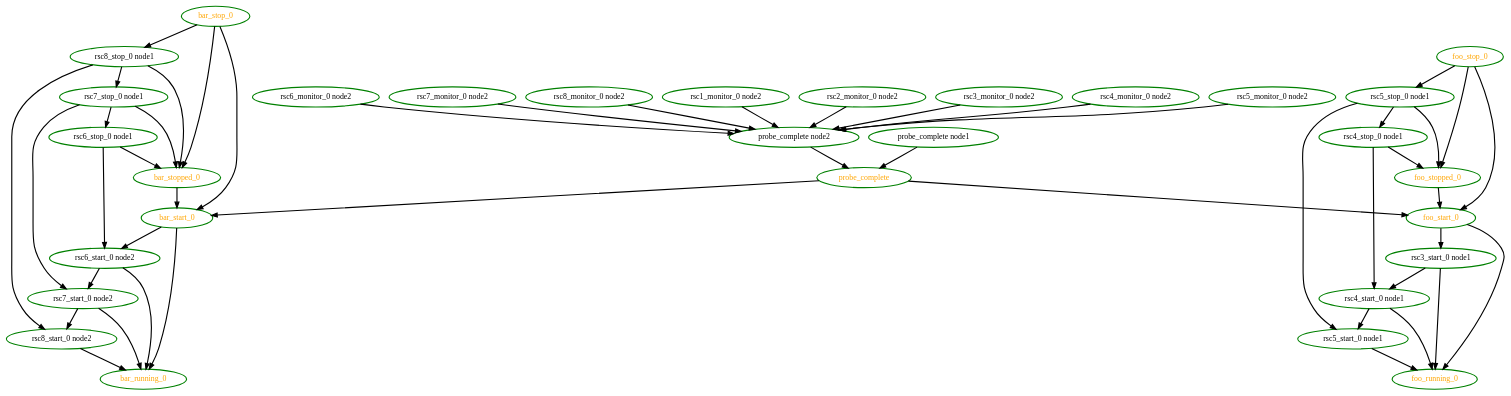
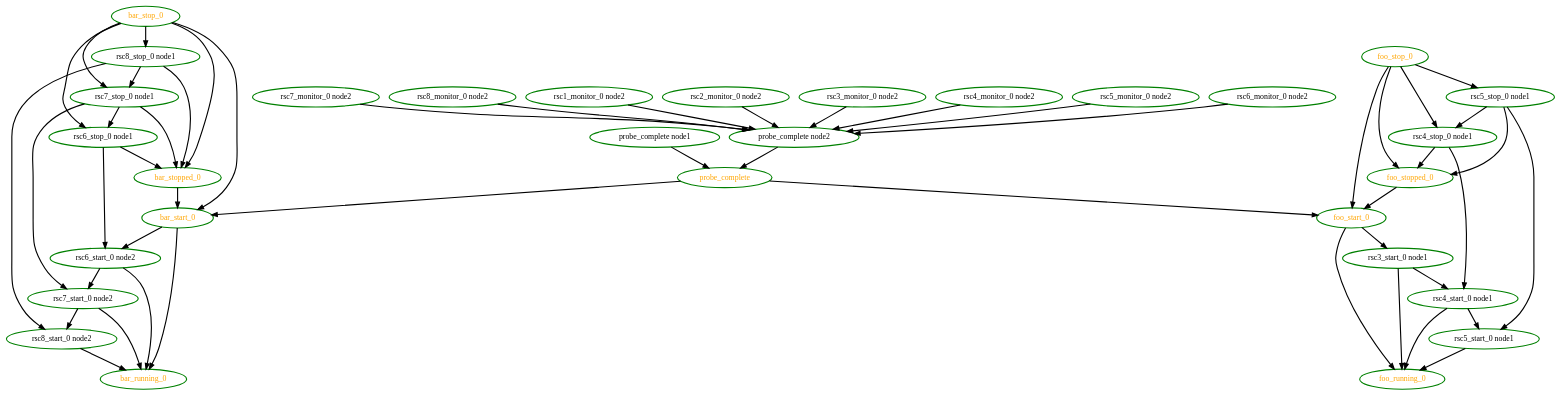
Before and after one commit to richiewen8/heartbeat: the diagram in crm/pengine/testcases/group9.dot, drawn with Graphviz. The commit also changed 36 other files, not shown here.

```diff
--- a/crm/pengine/testcases/group9.dot
+++ b/crm/pengine/testcases/group9.dot
@@ -1,79 +1,82 @@
  digraph "g" {
 "bar_running_0" [ style=bold color="green" fontcolor="orange" ]
 "bar_start_0" -> "bar_running_0" [ style = bold]
 "bar_start_0" -> "rsc6_start_0 node2" [ style = bold]
 "bar_start_0" [ style=bold color="green" fontcolor="orange" ]
 "bar_stop_0" -> "bar_start_0" [ style = bold]
 "bar_stop_0" -> "bar_stopped_0" [ style = bold]
+"bar_stop_0" -> "rsc6_stop_0 node1" [ style = bold]
+"bar_stop_0" -> "rsc7_stop_0 node1" [ style = bold]
 "bar_stop_0" -> "rsc8_stop_0 node1" [ style = bold]
 "bar_stop_0" [ style=bold color="green" fontcolor="orange" ]
 "bar_stopped_0" -> "bar_start_0" [ style = bold]
 "bar_stopped_0" [ style=bold color="green" fontcolor="orange" ]
 "foo_running_0" [ style=bold color="green" fontcolor="orange" ]
 "foo_start_0" -> "foo_running_0" [ style = bold]
 "foo_start_0" -> "rsc3_start_0 node1" [ style = bold]
 "foo_start_0" [ style=bold color="green" fontcolor="orange" ]
 "foo_stop_0" -> "foo_start_0" [ style = bold]
 "foo_stop_0" -> "foo_stopped_0" [ style = bold]
+"foo_stop_0" -> "rsc4_stop_0 node1" [ style = bold]
 "foo_stop_0" -> "rsc5_stop_0 node1" [ style = bold]
 "foo_stop_0" [ style=bold color="green" fontcolor="orange" ]
 "foo_stopped_0" -> "foo_start_0" [ style = bold]
 "foo_stopped_0" [ style=bold color="green" fontcolor="orange" ]
 "probe_complete node1" -> "probe_complete" [ style = bold]
 "probe_complete node1" [ style=bold color="green" fontcolor="black" ]
 "probe_complete node2" -> "probe_complete" [ style = bold]
 "probe_complete node2" [ style=bold color="green" fontcolor="black" ]
 "probe_complete" -> "bar_start_0" [ style = bold]
 "probe_complete" -> "foo_start_0" [ style = bold]
 "probe_complete" [ style=bold color="green" fontcolor="orange" ]
 "rsc1_monitor_0 node2" -> "probe_complete node2" [ style = bold]
 "rsc1_monitor_0 node2" [ style=bold color="green" fontcolor="black" ]
 "rsc2_monitor_0 node2" -> "probe_complete node2" [ style = bold]
 "rsc2_monitor_0 node2" [ style=bold color="green" fontcolor="black" ]
 "rsc3_monitor_0 node2" -> "probe_complete node2" [ style = bold]
 "rsc3_monitor_0 node2" [ style=bold color="green" fontcolor="black" ]
 "rsc3_start_0 node1" -> "foo_running_0" [ style = bold]
 "rsc3_start_0 node1" -> "rsc4_start_0 node1" [ style = bold]
 "rsc3_start_0 node1" [ style=bold color="green" fontcolor="black"  ]
 "rsc4_monitor_0 node2" -> "probe_complete node2" [ style = bold]
 "rsc4_monitor_0 node2" [ style=bold color="green" fontcolor="black" ]
 "rsc4_start_0 node1" -> "foo_running_0" [ style = bold]
 "rsc4_start_0 node1" -> "rsc5_start_0 node1" [ style = bold]
 "rsc4_start_0 node1" [ style=bold color="green" fontcolor="black" ]
 "rsc4_stop_0 node1" -> "foo_stopped_0" [ style = bold]
 "rsc4_stop_0 node1" -> "rsc4_start_0 node1" [ style = bold]
 "rsc4_stop_0 node1" [ style=bold color="green" fontcolor="black" ]
 "rsc5_monitor_0 node2" -> "probe_complete node2" [ style = bold]
 "rsc5_monitor_0 node2" [ style=bold color="green" fontcolor="black" ]
 "rsc5_start_0 node1" -> "foo_running_0" [ style = bold]
 "rsc5_start_0 node1" [ style=bold color="green" fontcolor="black" ]
 "rsc5_stop_0 node1" -> "foo_stopped_0" [ style = bold]
 "rsc5_stop_0 node1" -> "rsc4_stop_0 node1" [ style = bold]
 "rsc5_stop_0 node1" -> "rsc5_start_0 node1" [ style = bold]
 "rsc5_stop_0 node1" [ style=bold color="green" fontcolor="black" ]
 "rsc6_monitor_0 node2" -> "probe_complete node2" [ style = bold]
 "rsc6_monitor_0 node2" [ style=bold color="green" fontcolor="black" ]
 "rsc6_start_0 node2" -> "bar_running_0" [ style = bold]
 "rsc6_start_0 node2" -> "rsc7_start_0 node2" [ style = bold]
 "rsc6_start_0 node2" [ style=bold color="green" fontcolor="black" ]
 "rsc6_stop_0 node1" -> "bar_stopped_0" [ style = bold]
 "rsc6_stop_0 node1" -> "rsc6_start_0 node2" [ style = bold]
 "rsc6_stop_0 node1" [ style=bold color="green" fontcolor="black" ]
 "rsc7_monitor_0 node2" -> "probe_complete node2" [ style = bold]
 "rsc7_monitor_0 node2" [ style=bold color="green" fontcolor="black" ]
 "rsc7_start_0 node2" -> "bar_running_0" [ style = bold]
 "rsc7_start_0 node2" -> "rsc8_start_0 node2" [ style = bold]
 "rsc7_start_0 node2" [ style=bold color="green" fontcolor="black" ]
 "rsc7_stop_0 node1" -> "bar_stopped_0" [ style = bold]
 "rsc7_stop_0 node1" -> "rsc6_stop_0 node1" [ style = bold]
 "rsc7_stop_0 node1" -> "rsc7_start_0 node2" [ style = bold]
 "rsc7_stop_0 node1" [ style=bold color="green" fontcolor="black" ]
 "rsc8_monitor_0 node2" -> "probe_complete node2" [ style = bold]
 "rsc8_monitor_0 node2" [ style=bold color="green" fontcolor="black" ]
 "rsc8_start_0 node2" -> "bar_running_0" [ style = bold]
 "rsc8_start_0 node2" [ style=bold color="green" fontcolor="black" ]
 "rsc8_stop_0 node1" -> "bar_stopped_0" [ style = bold]
 "rsc8_stop_0 node1" -> "rsc7_stop_0 node1" [ style = bold]
 "rsc8_stop_0 node1" -> "rsc8_start_0 node2" [ style = bold]
 "rsc8_stop_0 node1" [ style=bold color="green" fontcolor="black" ]
 }
```
